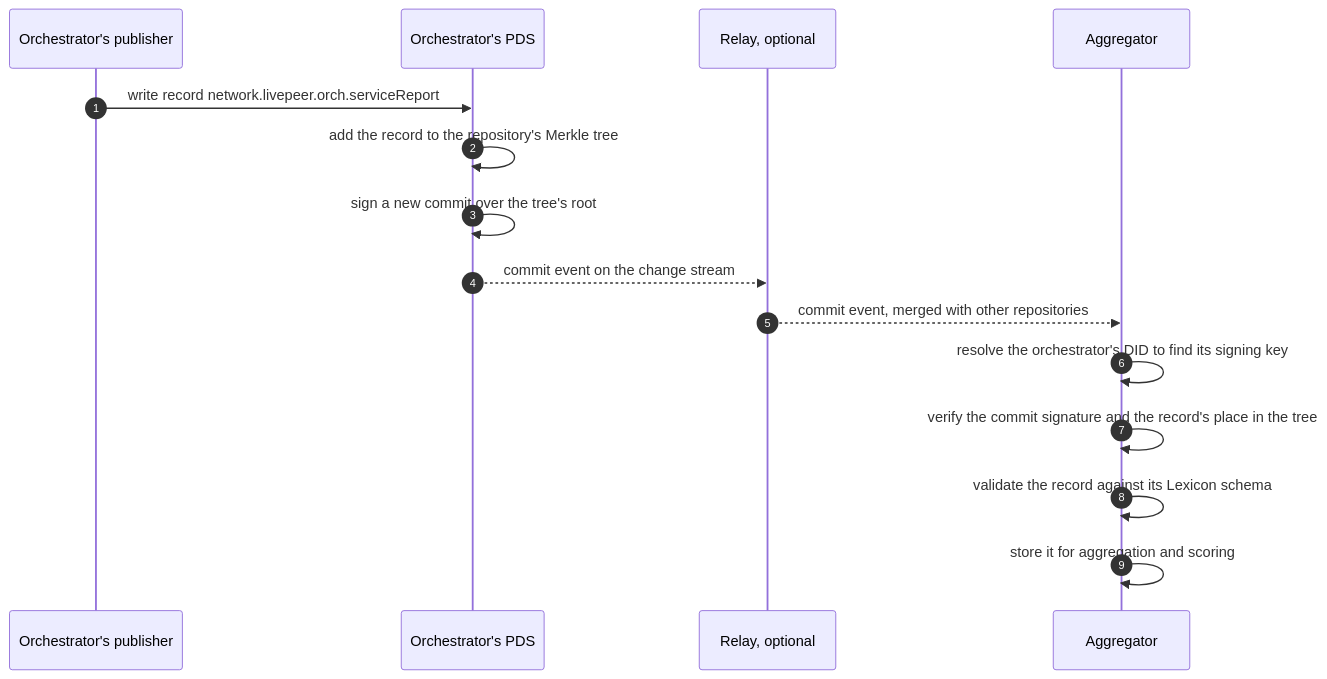
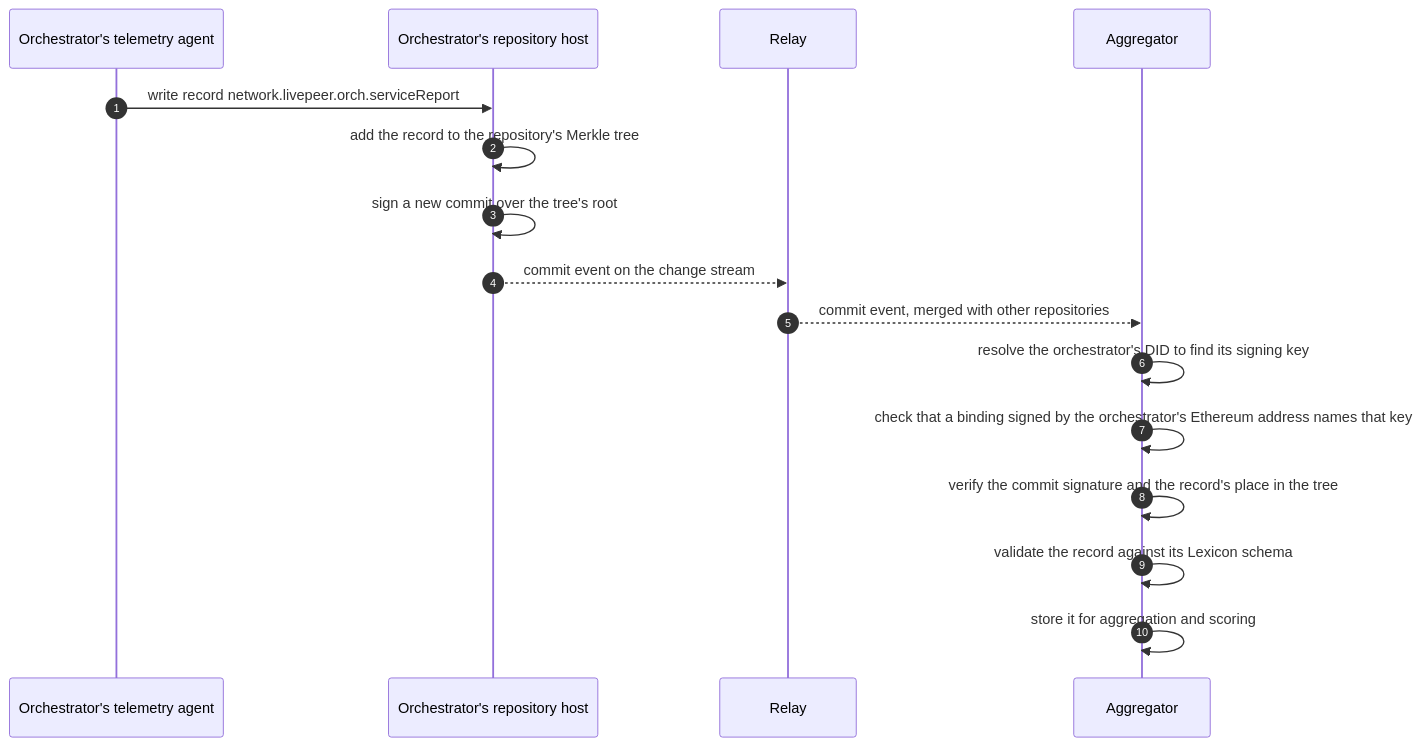
One commit to Cloud-SPE/Livepeer-AT-Protocol changed the diagram in at-protocol-primer.md. Above: the diagram before and after it, drawn with Mermaid. The commit also changed other lines of this file and 6 other files, not shown here.

````diff
--- a/at-protocol-primer.md
+++ b/at-protocol-primer.md
@@ -17,18 +22,19 @@
 ```mermaid
 sequenceDiagram
   autonumber
-  participant Orch as Orchestrator's publisher
-  participant PDS as Orchestrator's PDS
-  participant Relay as Relay, optional
+  participant Ag as Orchestrator's telemetry agent
+  participant Host as Orchestrator's repository host
+  participant Relay as Relay
   participant Agg as Aggregator
 
-  Orch->>PDS: write record network.livepeer.orch.serviceReport
-  PDS->>PDS: add the record to the repository's Merkle tree
-  PDS->>PDS: sign a new commit over the tree's root
-  PDS-->>Relay: commit event on the change stream
+  Ag->>Host: write record network.livepeer.orch.serviceReport
+  Host->>Host: add the record to the repository's Merkle tree
+  Host->>Host: sign a new commit over the tree's root
+  Host-->>Relay: commit event on the change stream
   Relay-->>Agg: commit event, merged with other repositories
   Agg->>Agg: resolve the orchestrator's DID to find its signing key
+  Agg->>Agg: check that a binding signed by the orchestrator's Ethereum address names that key
   Agg->>Agg: verify the commit signature and the record's place in the tree
   Agg->>Agg: validate the record against its Lexicon schema
   Agg->>Agg: store it for aggregation and scoring
 ```
````
